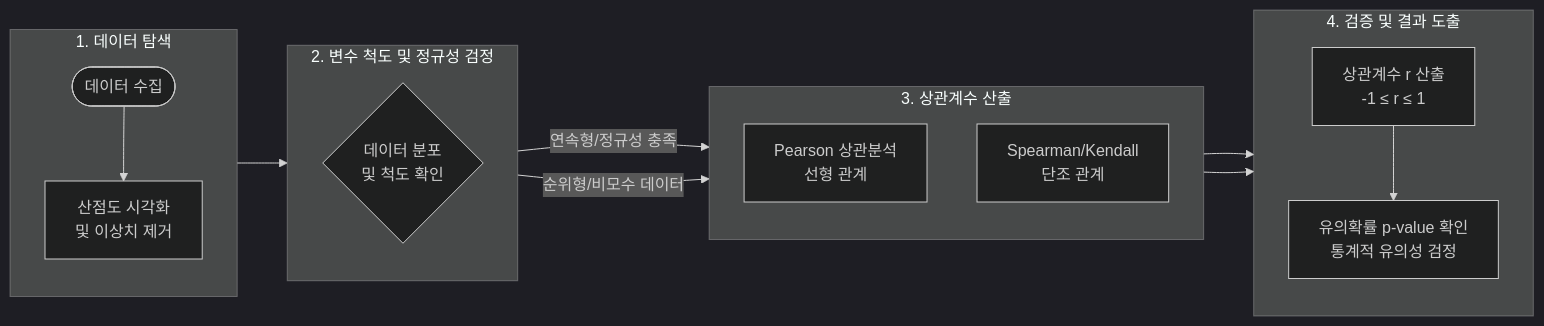
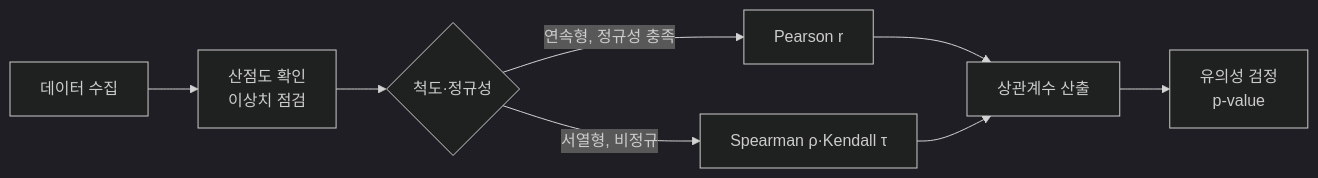
Before and after one commit to supremethumb/supremethumb.github.io: the diagram in content/01_IT Tech/상관 관계 분석.md, drawn with Mermaid (dark theme). The commit also changed other lines of this file and 1087 other files, not shown here.

````diff
--- a/content/01_IT Tech/상관 관계 분석.md
+++ b/content/01_IT Tech/상관 관계 분석.md
@@ -27,26 +35,9 @@
 ```mermaid
 flowchart LR
-    subgraph 1. 데이터 탐색
-        direction TB
-        A([데이터 수집]) --> B[산점도 시각화<br/>및 이상치 제거]
-    end
-
-    subgraph 2. 변수 척도 및 정규성 검정
-        direction TB
-        B --> C{데이터 분포<br/>및 척도 확인}
-    end
-
-    subgraph 3. 상관계수 산출
-        direction TB
-        C -- 연속형/정규성 충족 --> D[Pearson 상관분석<br/>선형 관계]
-        C -- 순위형/비모수 데이터 --> E[Spearman/Kendall<br/>단조 관계]
-    end
-
-    subgraph 4. 검증 및 결과 도출
-        direction TB
-        D --> F[상관계수 r 산출<br/>-1 ≤ r ≤ 1]
-        E --> F
-        F --> G[유의확률 p-value 확인<br/>통계적 유의성 검정]
-    end
-
+    A["데이터 수집"] --> B["산점도 확인<br/>이상치 점검"]
+    B --> C{"척도·정규성"}
+    C -- "연속형, 정규성 충족" --> D["Pearson r"]
+    C -- "서열형, 비정규" --> E["Spearman ρ·Kendall τ"]
+    D & E --> F["상관계수 산출"]
+    F --> G["유의성 검정<br/>p-value"]
 ```
````
